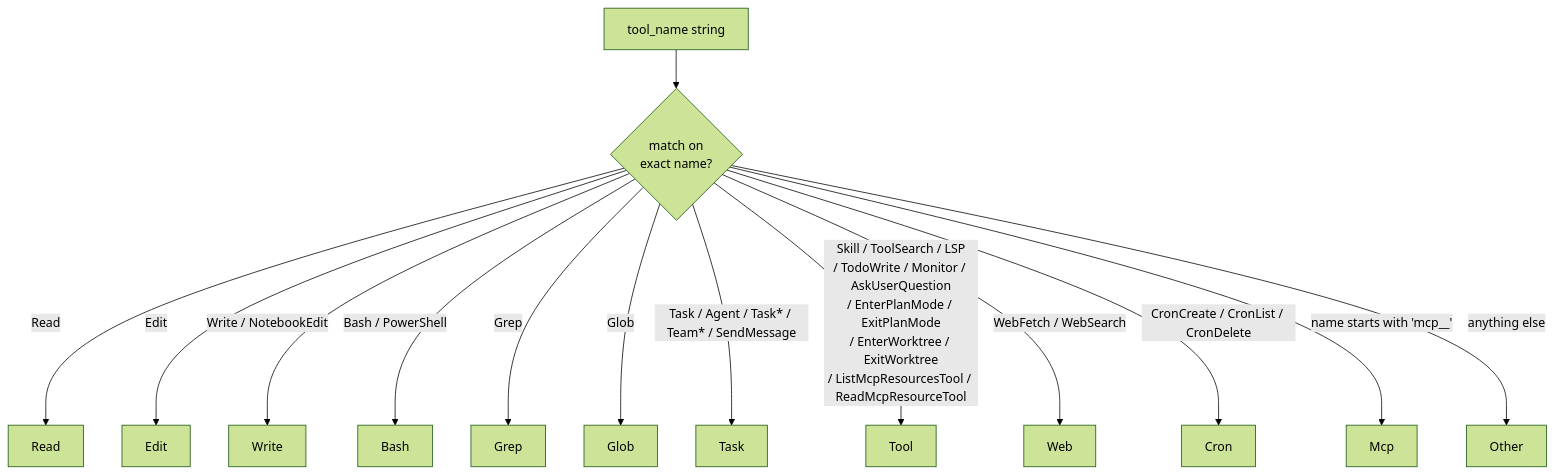
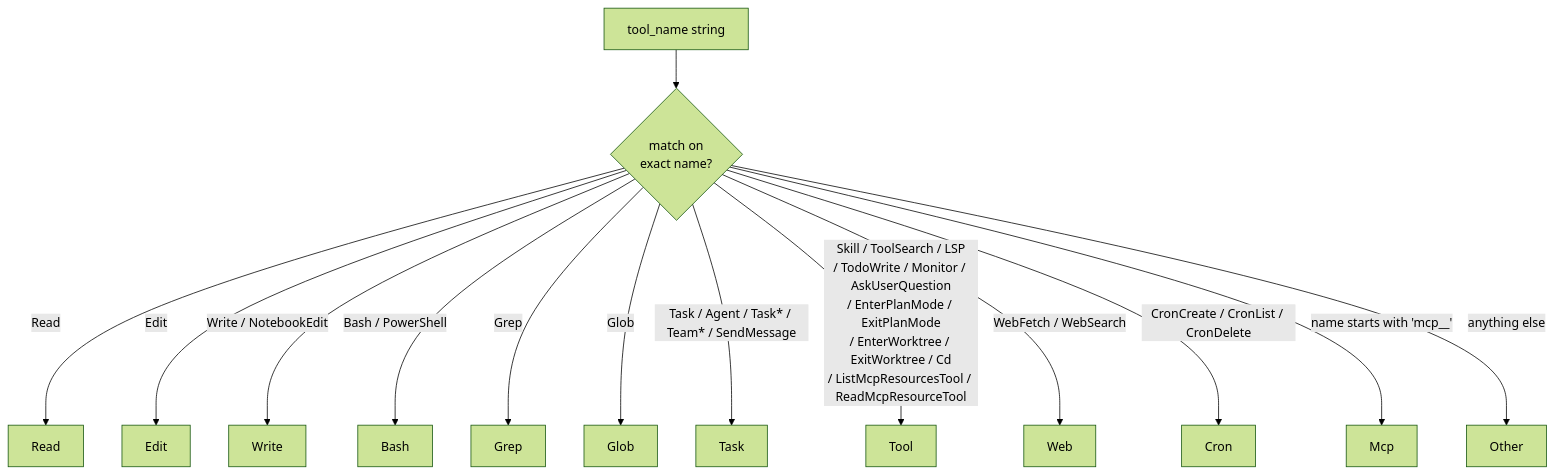
One commit to delexw/claude-code-trace changed the first of 5 diagrams in specs/10-tool-taxonomy.md. Above: the diagram before and after it, drawn with Mermaid (forest theme). The commit also changed other lines of this file and 4 other files, not shown here.

````diff
--- a/specs/10-tool-taxonomy.md
+++ b/specs/10-tool-taxonomy.md
@@ -15,18 +15,18 @@
 ```mermaid
 flowchart TD
     TOOL["tool_name string"]
     TOOL --> R1{"match on\nexact name?"}
 
     R1 -->|"Read"| READ["Read"]
     R1 -->|"Edit"| EDIT["Edit"]
     R1 -->|"Write / NotebookEdit"| WRITE["Write"]
     R1 -->|"Bash / PowerShell"| BASH["Bash"]
     R1 -->|"Grep"| GREP["Grep"]
     R1 -->|"Glob"| GLOB["Glob"]
     R1 -->|"Task / Agent / Task* / Team* / SendMessage"| TASK["Task"]
-    R1 -->|"Skill / ToolSearch / LSP\n/ TodoWrite / Monitor / AskUserQuestion\n/ EnterPlanMode / ExitPlanMode\n/ EnterWorktree / ExitWorktree\n/ ListMcpResourcesTool / ReadMcpResourceTool"| TOOL_CAT["Tool"]
+    R1 -->|"Skill / ToolSearch / LSP\n/ TodoWrite / Monitor / AskUserQuestion\n/ EnterPlanMode / ExitPlanMode\n/ EnterWorktree / ExitWorktree / Cd\n/ ListMcpResourcesTool / ReadMcpResourceTool"| TOOL_CAT["Tool"]
     R1 -->|"WebFetch / WebSearch"| WEB["Web"]
     R1 -->|"CronCreate / CronList / CronDelete"| CRON["Cron"]
     R1 -->|"name starts with 'mcp__'"| MCP["Mcp"]
     R1 -->|"anything else"| OTHER["Other"]
 ```
````
